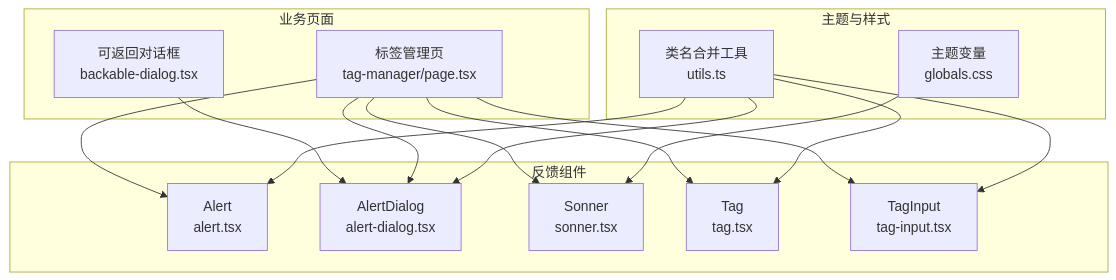
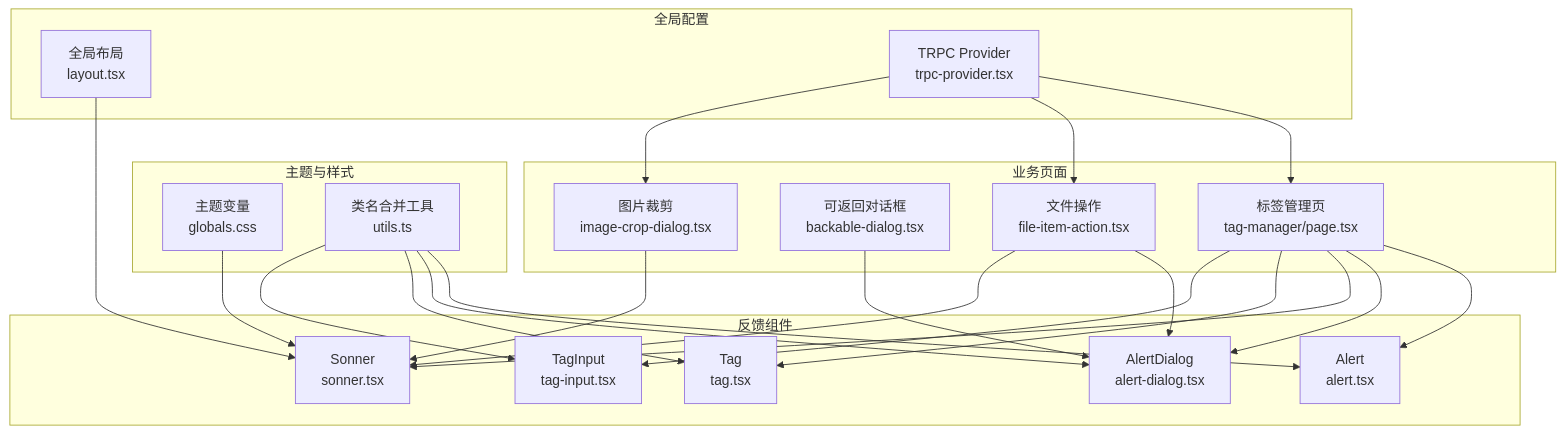
The second of 8 diagrams in .qoder/repowiki/zh/content/前端组件架构/UI 组件库/反馈组件.md (RadiumAg/image-saas), drawn with Mermaid before and after one commit. The commit also changed other lines of this file and 4 other files, not shown here.

````diff
--- a/.qoder/repowiki/zh/content/前端组件架构/UI 组件库/反馈组件.md
+++ b/.qoder/repowiki/zh/content/前端组件架构/UI 组件库/反馈组件.md
@@ -113,29 +147,42 @@
 ```mermaid
 graph TB
 subgraph "主题与样式"
 T1["主题变量<br/>globals.css"]
 T2["类名合并工具<br/>utils.ts"]
 end
 subgraph "反馈组件"
 C1["Alert<br/>alert.tsx"]
 C2["AlertDialog<br/>alert-dialog.tsx"]
 C3["Sonner<br/>sonner.tsx"]
 C4["Tag<br/>tag.tsx"]
 C5["TagInput<br/>tag-input.tsx"]
 end
 subgraph "业务页面"
 P1["标签管理页<br/>tag-manager/page.tsx"]
 P2["可返回对话框<br/>backable-dialog.tsx"]
+P3["文件操作<br/>file-item-action.tsx"]
+P4["图片裁剪<br/>image-crop-dialog.tsx"]
+end
+subgraph "全局配置"
+G1["全局布局<br/>layout.tsx"]
+G2["TRPC Provider<br/>trpc-provider.tsx"]
 end
 T1 --> C3
 T2 --> C1
 T2 --> C2
 T2 --> C4
 T2 --> C5
+G1 --> C3
 P1 --> C1
 P1 --> C2
 P1 --> C3
 P1 --> C4
 P1 --> C5
 P2 --> C2
+P3 --> C2
+P3 --> C3
+P4 --> C3
+G2 --> P1
+G2 --> P3
+G2 --> P4
 ```
````
